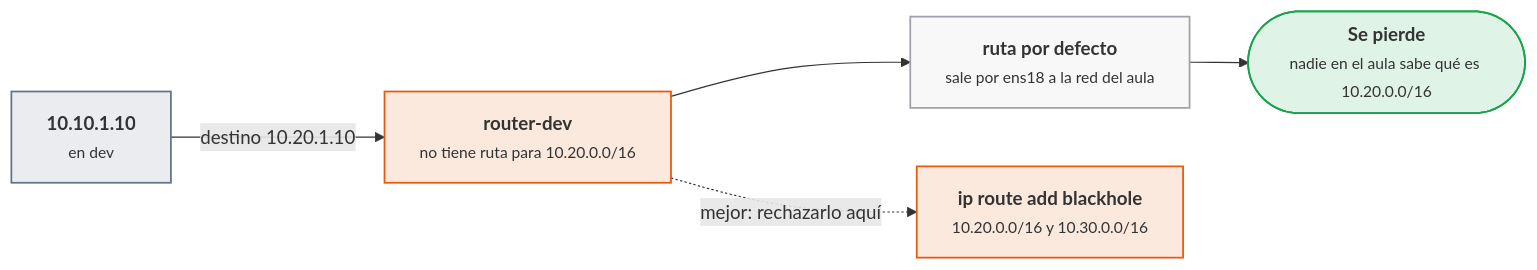
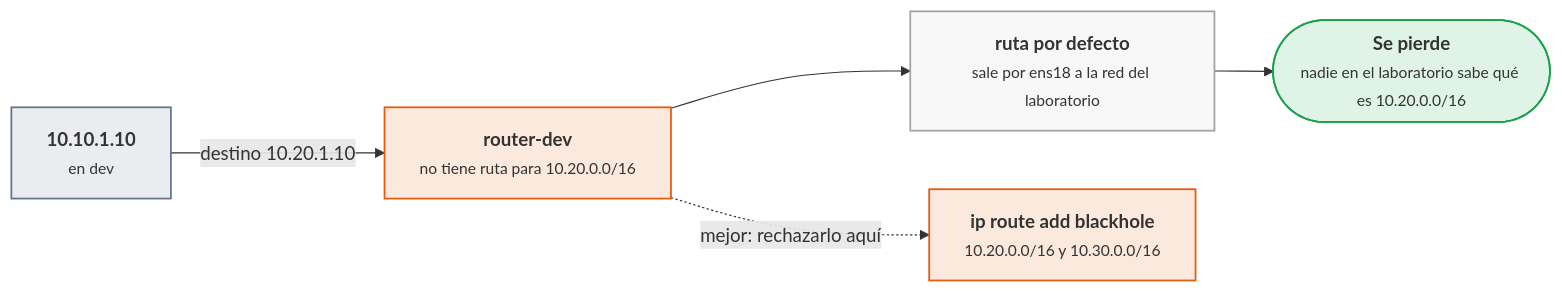
One commit to victor-educ/apuntes-5166 changed the seventh of 8 diagrams in docs/ut/ut2-vpc.md. Above: the diagram before and after it, drawn with Mermaid. The commit also changed other lines of this file and 12 other files, not shown here.

First line of the commit message:
Prácticas en el Proxmox del centro y por la interfaz web

````diff
--- a/docs/ut/ut2-vpc.md
+++ b/docs/ut/ut2-vpc.md
@@ -778,16 +778,16 @@
 ```mermaid
 flowchart LR
     O["<b>10.10.1.10</b><br><small>en dev</small>"]:::pieza
     RD["<b>router-dev</b><br><small>no tiene ruta para 10.20.0.0/16</small>"]:::act
-    DEF["<b>ruta por defecto</b><br><small>sale por ens18 a la red del aula</small>"]:::infra
-    PERD(["<b>Se pierde</b><br><small>nadie en el aula sabe qué es 10.20.0.0/16</small>"]):::ok
+    DEF["<b>ruta por defecto</b><br><small>sale por ens18 a la red del laboratorio</small>"]:::infra
+    PERD(["<b>Se pierde</b><br><small>nadie en el laboratorio sabe qué es 10.20.0.0/16</small>"]):::ok
     BH["<b>ip route add blackhole</b><br><small>10.20.0.0/16 y 10.30.0.0/16</small>"]:::act
     O -- "destino 10.20.1.10" --> RD --> DEF --> PERD
     RD -. "mejor: rechazarlo aquí" .-> BH
     classDef act fill:#ea580c22,stroke:#ea580c,stroke-width:1.5px
     classDef pieza fill:#64748b22,stroke:#64748b,stroke-width:1.5px
     classDef dato fill:#2563eb22,stroke:#2563eb,stroke-width:1.5px
     classDef infra fill:#a1a1aa14,stroke:#a1a1aa,stroke-width:1.5px
     classDef ok fill:#16a34a22,stroke:#16a34a,stroke-width:1.5px
     classDef riesgo fill:#dc262622,stroke:#dc2626,stroke-width:1.5px
 ```
````
